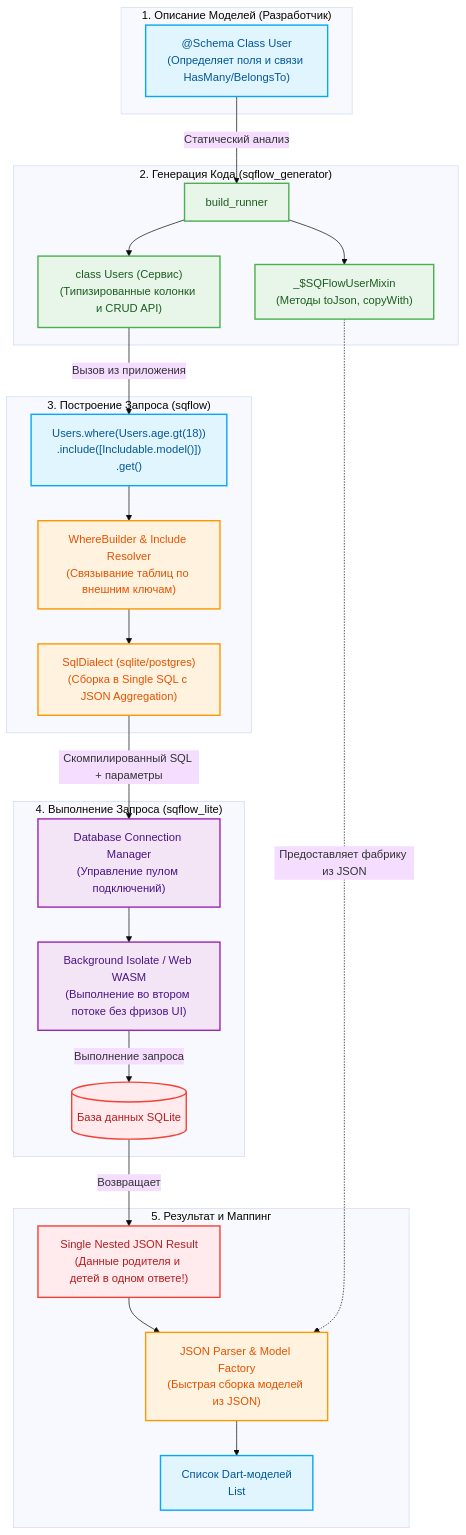
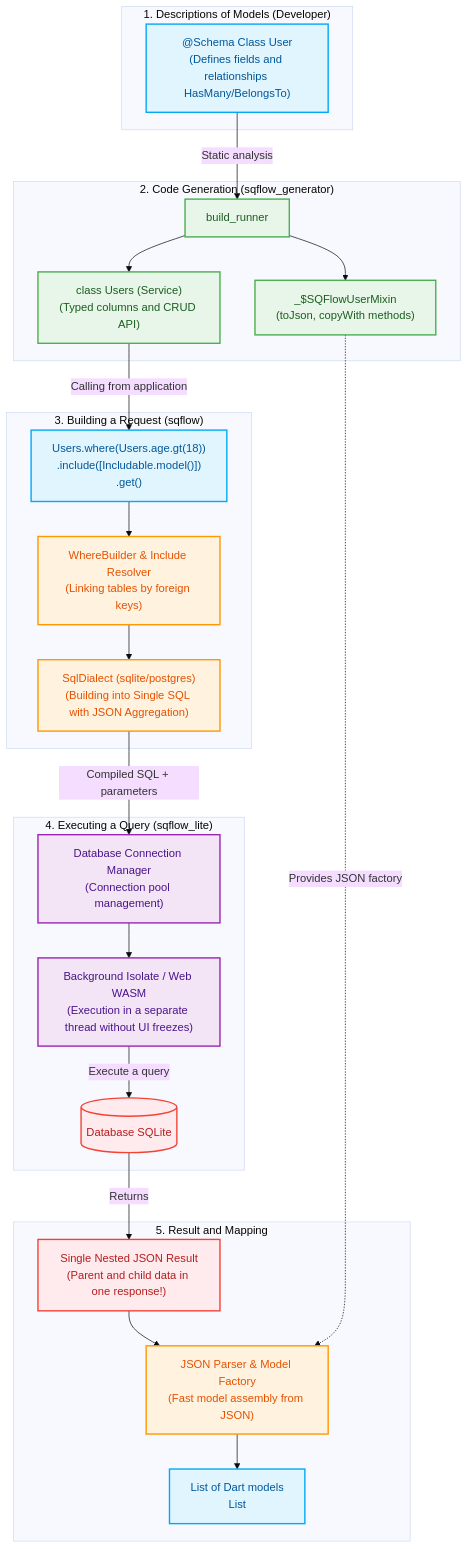
Before and after one commit to interdev7/phorm: the diagram in docs/01-overview.md, drawn with Mermaid (base theme). The commit also changed 172 other files, not shown here.

Commit message:
refactor: rename project from sqflow to phorm and restructure codebase into separate packages

````diff
--- a/docs/01-overview.md
+++ b/docs/01-overview.md
@@ -38,54 +38,54 @@
 ```mermaid
 graph TD
-    %% Стили и цвета
+    %% Styles and colors
     classDef dev fill:#e1f5fe,stroke:#03a9f4,stroke-width:2px,color:#01579b;
     classDef gen fill:#e8f5e9,stroke:#4caf50,stroke-width:2px,color:#1b5e20;
     classDef core fill:#fff3e0,stroke:#ff9800,stroke-width:2px,color:#e65100;
     classDef driver fill:#f3e5f5,stroke:#9c27b0,stroke-width:2px,color:#4a148c;
     classDef db fill:#ffebee,stroke:#f44336,stroke-width:2px,color:#b71c1c;
 
-    subgraph "1. Описание Моделей (Разработчик)"
-        Model["@Schema Class User<br/>(Определяет поля и связи HasMany/BelongsTo)"]:::dev
+    subgraph "1. Descriptions of Models (Developer)"
+        Model["@Schema Class User<br/>(Defines fields and relationships HasMany/BelongsTo)"]:::dev
     end
 
-    subgraph "2. Генерация Кода (sqflow_generator)"
+    subgraph "2. Code Generation (sqflow_generator)"
         Generator["build_runner"]:::gen
-        Mixin["_$SQFlowUserMixin<br/>(Методы toJson, copyWith)"]:::gen
-        Service["class Users (Сервис)<br/>(Типизированные колонки и CRUD API)"]:::gen
-        
-        Model -->|Статический анализ| Generator
+        Mixin["_$SQFlowUserMixin<br/>(toJson, copyWith methods)"]:::gen
+        Service["class Users (Service)<br/>(Typed columns and CRUD API)"]:::gen
+
+        Model -->|Static analysis| Generator
         Generator --> Mixin
         Generator --> Service
     end
 
-    subgraph "3. Построение Запроса (sqflow)"
+    subgraph "3. Building a Request (sqflow)"
         AppCall["Users.where(Users.age.gt(18))<br/>.include([Includable.model<Post>()])<br/>.get()"]:::dev
-        QueryBuilder["WhereBuilder & Include Resolver<br/>(Связывание таблиц по внешним ключам)"]:::core
-        Dialect["SqlDialect (sqlite/postgres)<br/>(Сборка в Single SQL с JSON Aggregation)"]:::core
-        
-        Service -->|Вызов из приложения| AppCall
+        QueryBuilder["WhereBuilder & Include Resolver<br/>(Linking tables by foreign keys)"]:::core
+        Dialect["SqlDialect (sqlite/postgres)<br/>(Building into Single SQL with JSON Aggregation)"]:::core
+
+        Service -->|Calling from application| AppCall
         AppCall --> QueryBuilder
         QueryBuilder --> Dialect
     end
 
-    subgraph "4. Выполнение Запроса (sqflow_lite)"
-        Driver["Database Connection Manager<br/>(Управление пулом подключений)"]:::driver
-        Isolate["Background Isolate / Web WASM<br/>(Выполнение во втором потоке без фризов UI)"]:::driver
-        SQLite[("База данных SQLite")]:::db
-        
-        Dialect -->|Скомпилированный SQL + параметры| Driver
+    subgraph "4. Executing a Query (sqflow_lite)"
+        Driver["Database Connection Manager<br/>(Connection pool management)"]:::driver
+        Isolate["Background Isolate / Web WASM<br/>(Execution in a separate thread without UI freezes)"]:::driver
+        SQLite[("Database SQLite")]:::db
+
+        Dialect -->|Compiled SQL + parameters| Driver
         Driver --> Isolate
-        Isolate -->|Выполнение запроса| SQLite
+        Isolate -->|Execute a query| SQLite
     end
 
-    subgraph "5. Результат и Маппинг"
-        RawResult["Single Nested JSON Result<br/>(Данные родителя и детей в одном ответе!)"]:::db
-        Parser["JSON Parser & Model Factory<br/>(Быстрая сборка моделей из JSON)"]:::core
-        AppModels["Список Dart-моделей<br/>List<User>"]:::dev
-        
-        SQLite -->|Возвращает| RawResult
+    subgraph "5. Result and Mapping"
+        RawResult["Single Nested JSON Result<br/>(Parent and child data in one response!)"]:::db
+        Parser["JSON Parser & Model Factory<br/>(Fast model assembly from JSON)"]:::core
+        AppModels["List of Dart models<br/>List<User>"]:::dev
+
+        SQLite -->|Returns| RawResult
         RawResult --> Parser
-        Mixin -.->|Предоставляет фабрику из JSON| Parser
+        Mixin -.->|Provides JSON factory| Parser
         Parser --> AppModels
     end
 ```
````
